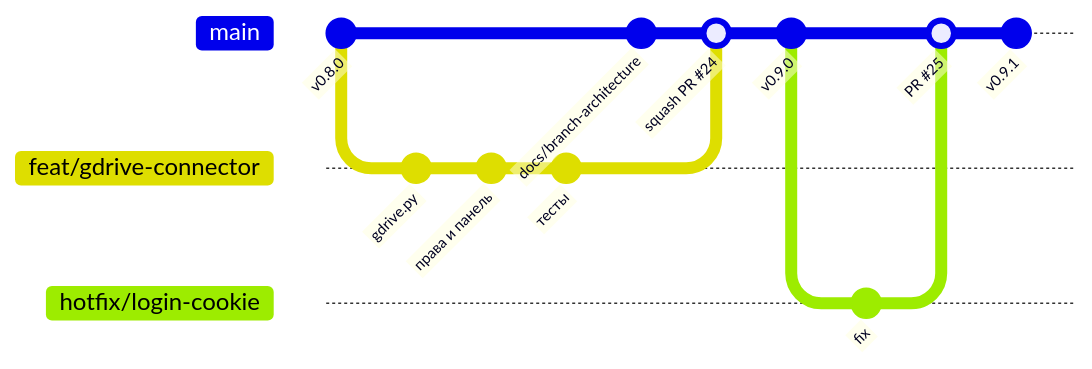
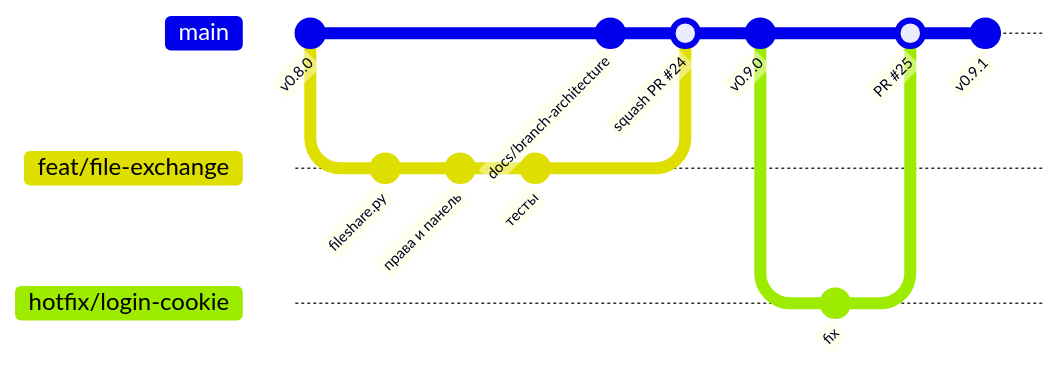
The diagram in docs/branches.md (c4erepk0/Jarvis_claude), drawn with Mermaid before and after one commit. The commit also changed other lines of this file and 43 other files, not shown here.

````diff
--- a/docs/branches.md
+++ b/docs/branches.md
@@ -22,18 +22,18 @@
 ```mermaid
 gitGraph
    commit id: "v0.8.0"
-   branch feat/gdrive-connector
-   checkout feat/gdrive-connector
-   commit id: "gdrive.py"
+   branch feat/file-exchange
+   checkout feat/file-exchange
+   commit id: "fileshare.py"
    commit id: "права и панель"
    commit id: "тесты"
    checkout main
    commit id: "docs/branch-architecture"
-   merge feat/gdrive-connector id: "squash PR #24"
+   merge feat/file-exchange id: "squash PR #24"
    commit id: "v0.9.0"
    branch hotfix/login-cookie
    commit id: "fix"
    checkout main
    merge hotfix/login-cookie id: "PR #25"
    commit id: "v0.9.1"
 ```
````
